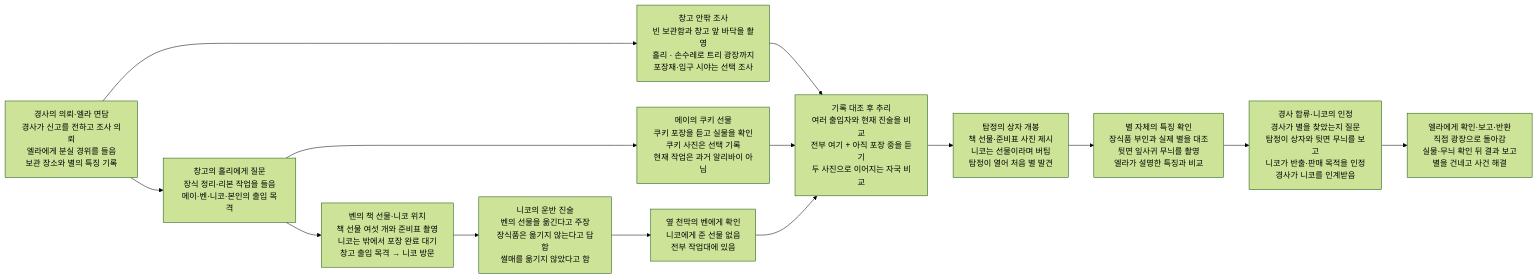
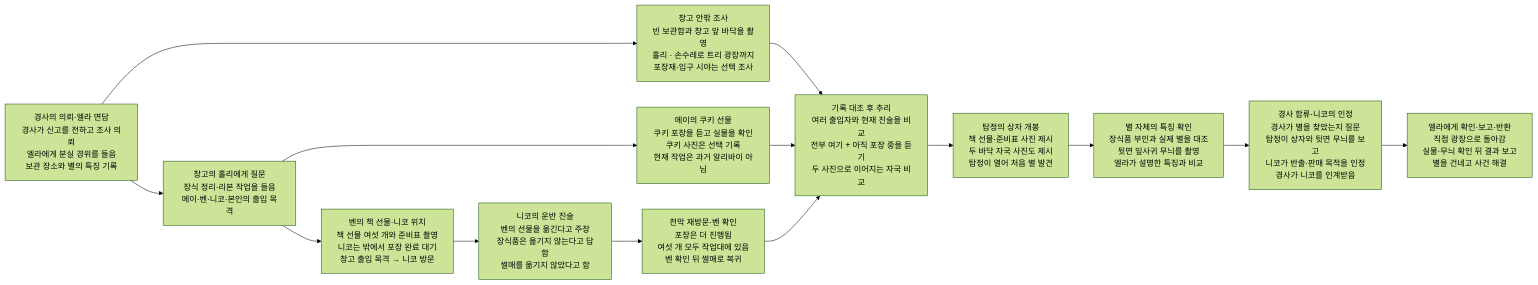
The second of 2 diagrams in design/case-10-christmas-star.md (wonny95/detective-v2), drawn with Mermaid (forest theme) before and after one commit. The commit also changed other lines of this file and 6 other files, not shown here.

````diff
--- a/design/case-10-christmas-star.md
+++ b/design/case-10-christmas-star.md
@@ -47,28 +47,28 @@
 ```mermaid
 flowchart LR
     s1["경사의 의뢰·엘라 면담<br/>경사가 신고를 전하고 조사 의뢰<br/>엘라에게 분실 경위를 들음<br/>보관 장소와 별의 특징 기록"]
     s2["창고의 홀리에게 질문<br/>장식 정리·리본 작업을 들음<br/>메이·벤·니코·본인의 출입 목격"]
     s3["창고 안팎 조사<br/>빈 보관함과 창고 앞 바닥을 촬영<br/>홀리 · 손수레로 트리 광장까지<br/>포장재·입구 시야는 선택 조사"]
     s4["메이의 쿠키 선물<br/>쿠키 포장을 듣고 실물을 확인<br/>쿠키 사진은 선택 기록<br/>현재 작업은 과거 알리바이 아님"]
     s5["벤의 책 선물·니코 위치<br/>책 선물 여섯 개와 준비표 촬영<br/>니코는 밖에서 포장 완료 대기<br/>창고 출입 목격 → 니코 방문"]
     s6["니코의 운반 진술<br/>벤의 선물을 옮긴다고 주장<br/>장식품은 옮기지 않는다고 답함<br/>썰매를 옮기지 않았다고 함"]
-    s7["옆 천막의 벤에게 확인<br/>니코에게 준 선물 없음<br/>전부 작업대에 있음"]
+    s7["천막 재방문·벤 확인<br/>포장은 더 진행됨<br/>여섯 개 모두 작업대에 있음<br/>벤 확인 뒤 썰매로 복귀"]
     s8["기록 대조 후 추리<br/>여러 출입자와 현재 진술을 비교<br/>전부 여기 + 아직 포장 중을 듣기<br/>두 사진으로 이어지는 자국 비교"]
-    s9["탐정의 상자 개봉<br/>책 선물·준비표 사진 제시<br/>니코는 선물이라며 버팀<br/>탐정이 열어 처음 별 발견"]
+    s9["탐정의 상자 개봉<br/>책 선물·준비표 사진 제시<br/>두 바닥 자국 사진도 제시<br/>탐정이 열어 처음 별 발견"]
     s10["별 자체의 특징 확인<br/>장식품 부인과 실제 별을 대조<br/>뒷면 잎사귀 무늬를 촬영<br/>엘라가 설명한 특징과 비교"]
     s11["경사 합류·니코의 인정<br/>경사가 별을 찾았는지 질문<br/>탐정이 상자와 뒷면 무늬를 보고<br/>니코가 반출·판매 목적을 인정<br/>경사가 니코를 인계받음"]
     s12["엘라에게 확인·보고·반환<br/>직접 광장으로 돌아감<br/>실물·무늬 확인 뒤 결과 보고<br/>별을 건네고 사건 해결"]
     s1 --> s2
     s1 --> s3
     s2 --> s4
     s2 --> s5
     s3 --> s8
     s4 --> s8
     s5 --> s6
     s6 --> s7
     s7 --> s8
     s8 --> s9
     s9 --> s10
     s10 --> s11
     s11 --> s12
 ```
````
